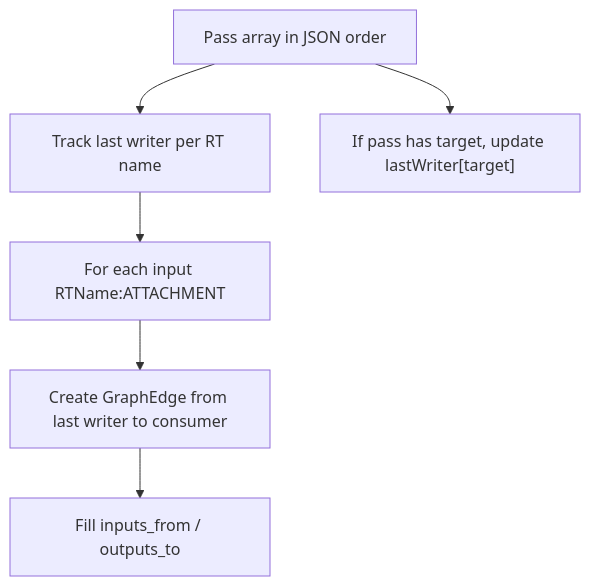
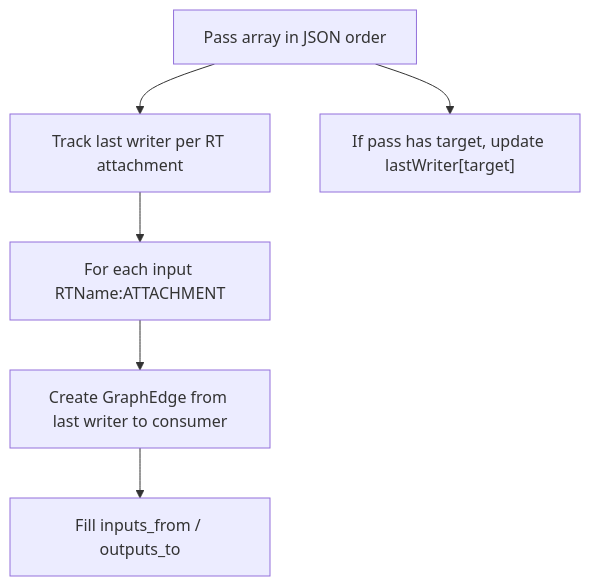
One commit to 0Camus0/T850 changed the third of 5 diagrams in documentation/rendering/render-graph.md. Above: the diagram before and after it, drawn with Mermaid. The commit also changed other lines of this file and 92 other files, not shown here.

````diff
--- a/documentation/rendering/render-graph.md
+++ b/documentation/rendering/render-graph.md
@@ -392,8 +395,8 @@
 ```mermaid
 flowchart TD
-  Passes["Pass array in JSON order"] --> LastWriter["Track last writer per RT name"]
+  Passes["Pass array in JSON order"] --> LastWriter["Track last writer per RT attachment"]
   LastWriter --> Inputs["For each input RTName:ATTACHMENT"]
   Inputs --> Edge["Create GraphEdge from last writer to consumer"]
   Edge --> NodeAdj["Fill inputs_from / outputs_to"]
   Passes --> Target["If pass has target, update lastWriter[target]"]
 ```
````
